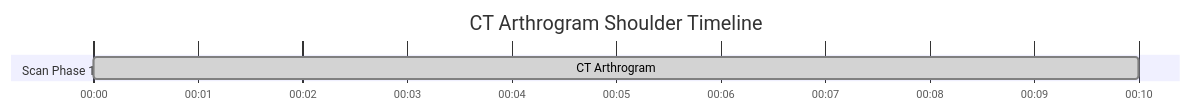
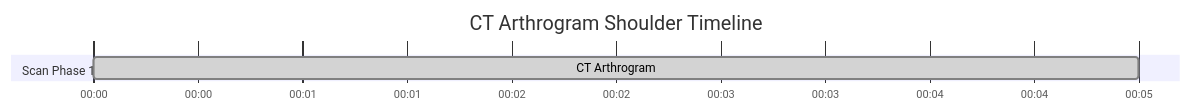
Before and after one commit to dfergs93/radiology-protocols: the diagram in docs/ct/msk/ct-arthrogram-shoulder.md, drawn with Mermaid. The commit also changed other lines of this file and 113 other files, not shown here.

````diff
--- a/docs/ct/msk/ct-arthrogram-shoulder.md
+++ b/docs/ct/msk/ct-arthrogram-shoulder.md
@@ -82,13 +82,13 @@
   ```mermaid
   ---
   config:
     theme: default
   ---
     gantt
       title CT Arthrogram Shoulder Timeline
       dateFormat mm:ss
       axisFormat %M:%S 
       
       section Scan Phase 1
-      CT Arthrogram    :done, scan1, after saline, 10s
+      CT Arthrogram    :done, scan1, after saline, 5s
   ```
````
